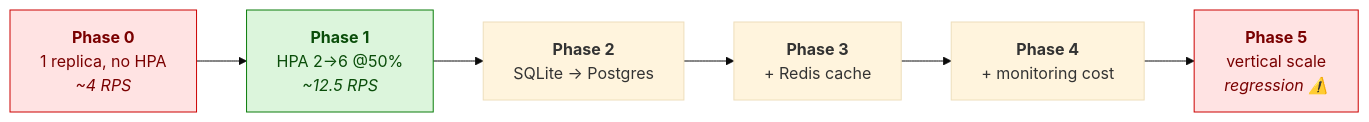
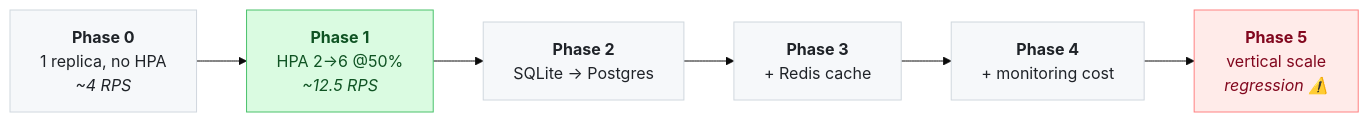
One commit to Ansh-dhanani/Distributed-system-load-analysis changed the fifth of 8 diagrams in README.md. Above: the diagram before and after it, drawn with Mermaid (base theme). The commit also changed other lines of this file, not shown here.

First line of the commit message:
docs: unify mermaid styling with a clean, theme-safe palette

````diff
--- a/README.md
+++ b/README.md
@@ -161,15 +178,17 @@
 ```mermaid
 flowchart LR
     P0["<b>Phase 0</b><br/>1 replica, no HPA<br/><i>~4 RPS</i>"]
     P1["<b>Phase 1</b><br/>HPA 2→6 @50%<br/><i>~12.5 RPS</i>"]
     P2["<b>Phase 2</b><br/>SQLite → Postgres"]
     P3["<b>Phase 3</b><br/>+ Redis cache"]
     P4["<b>Phase 4</b><br/>+ monitoring cost"]
     P5["<b>Phase 5</b><br/>vertical scale<br/><i>regression ⚠️</i>"]
 
     P0 --> P1 --> P2 --> P3 --> P4 --> P5
 
-    style P0 fill:#ffe3e3,stroke:#cc0000,color:#7a0000
-    style P1 fill:#dcf5dc,stroke:#0a7d0a,color:#0a4d0a
-    style P5 fill:#ffe3e3,stroke:#cc0000,color:#7a0000
+    classDef default fill:#f6f8fa,stroke:#d0d7de,color:#1f2328;
+    classDef good fill:#dafbe1,stroke:#4ac26b,color:#0f5323;
+    classDef bad  fill:#ffebe9,stroke:#ff8182,color:#82071e;
+    class P1 good;
+    class P5 bad;
 ```
````
